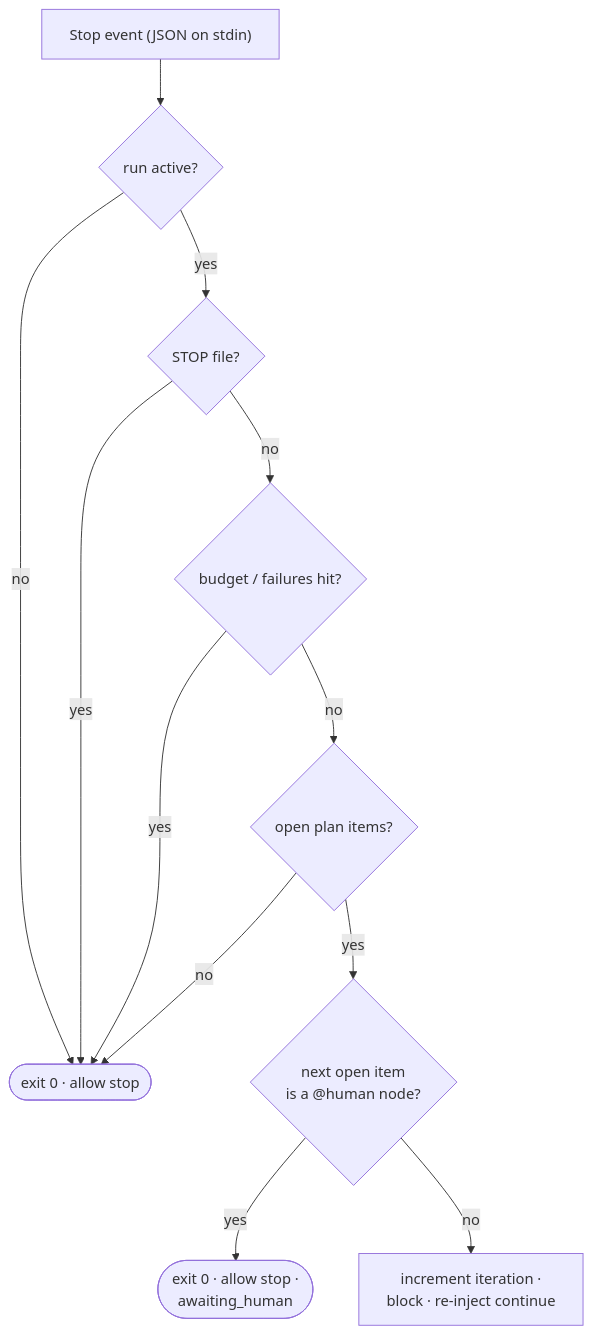
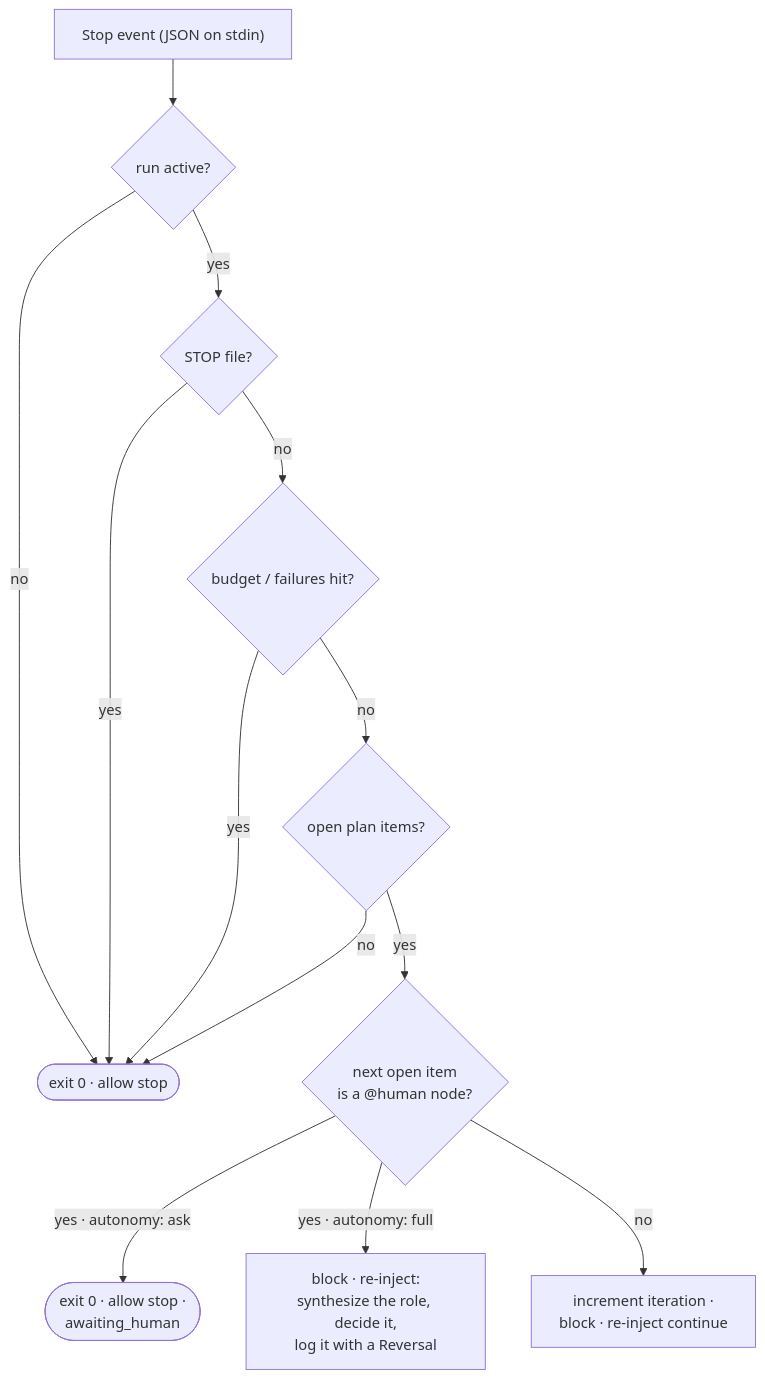
One commit to Jonhvmp/leopold changed the first of 2 diagrams in docs/reference/hooks.md. Above: the diagram before and after it, drawn with Mermaid. The commit also changed other lines of this file and 70 other files, not shown here.

````diff
--- a/docs/reference/hooks.md
+++ b/docs/reference/hooks.md
@@ -21,14 +21,15 @@
 ```mermaid
 flowchart TD
     In["Stop event (JSON on stdin)"] --> Active{run active?}
     Active -- no --> Allow([exit 0 · allow stop])
     Active -- yes --> Kill{STOP file?}
     Kill -- yes --> Allow
     Kill -- no --> Budget{budget / failures hit?}
     Budget -- yes --> Allow
     Budget -- no --> Plan{open plan items?}
     Plan -- no --> Allow
     Plan -- yes --> Human{"next open item<br/>is a @human node?"}
-    Human -- yes --> Ask(["exit 0 · allow stop ·<br/>awaiting_human"])
+    Human -- "yes · autonomy: ask" --> Ask(["exit 0 · allow stop ·<br/>awaiting_human"])
+    Human -- "yes · autonomy: full" --> Persona["block · re-inject:<br/>synthesize the role, decide it,<br/>log it with a Reversal"]
     Human -- no --> Block["increment iteration ·<br/>block · re-inject continue"]
 ```
````
